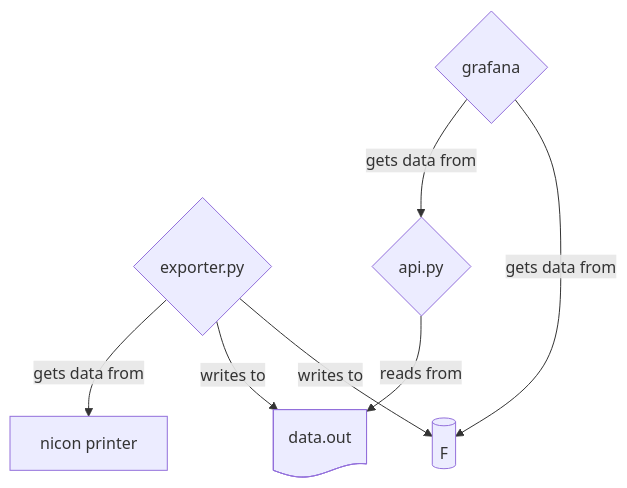
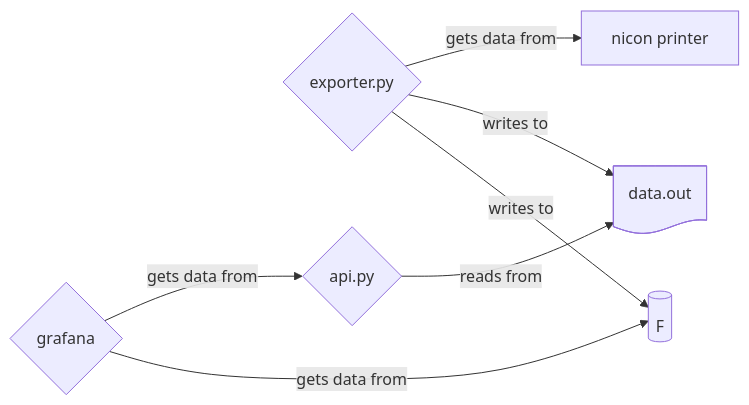
The diagram in readme.md (carnivuth/opc-ua-birex), drawn with Mermaid before and after one commit.

Commit message:
updated graph

````diff
--- a/readme.md
+++ b/readme.md
@@ -13,14 +13,14 @@
 ```mermaid
-flowchart TD
+flowchart LR
 A{exporter.py}
 B{api.py}
 C{grafana}
 D[nicon printer]
 E@{ shape: doc ,label: data.out}
 F@{ shape: database, label influxdb}
 
 A -- gets data from --> D
 A -- writes to --> E & F
 B -- reads from --> E
 C -- gets data from --> B & F
 ```
````
